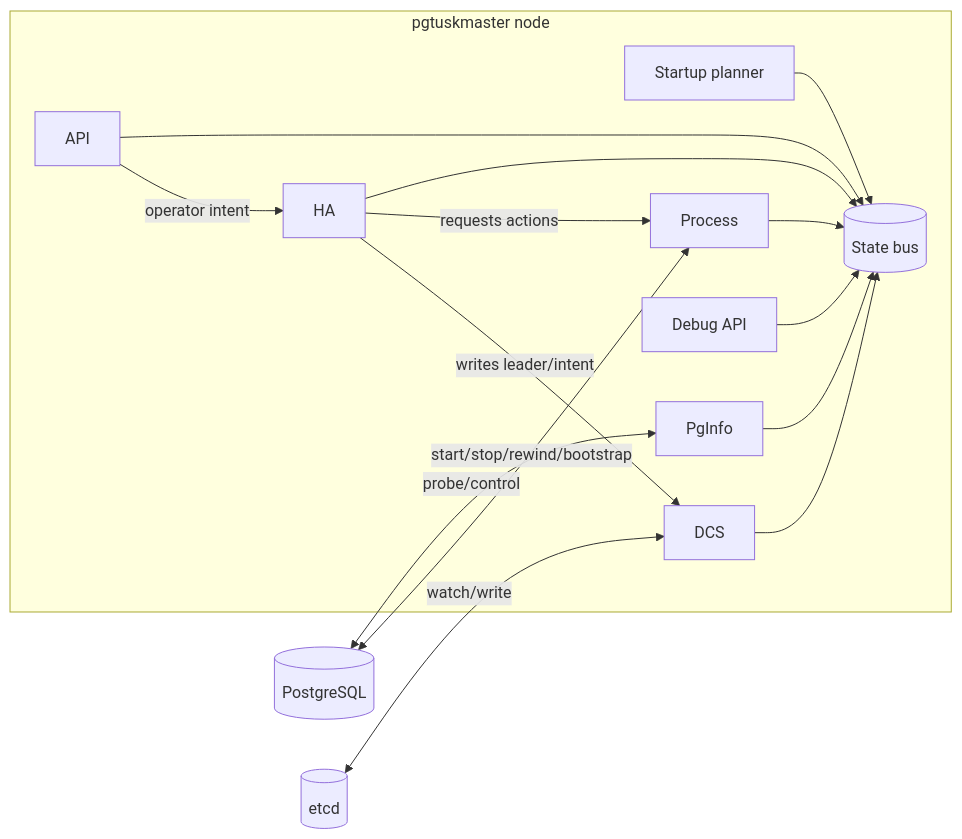
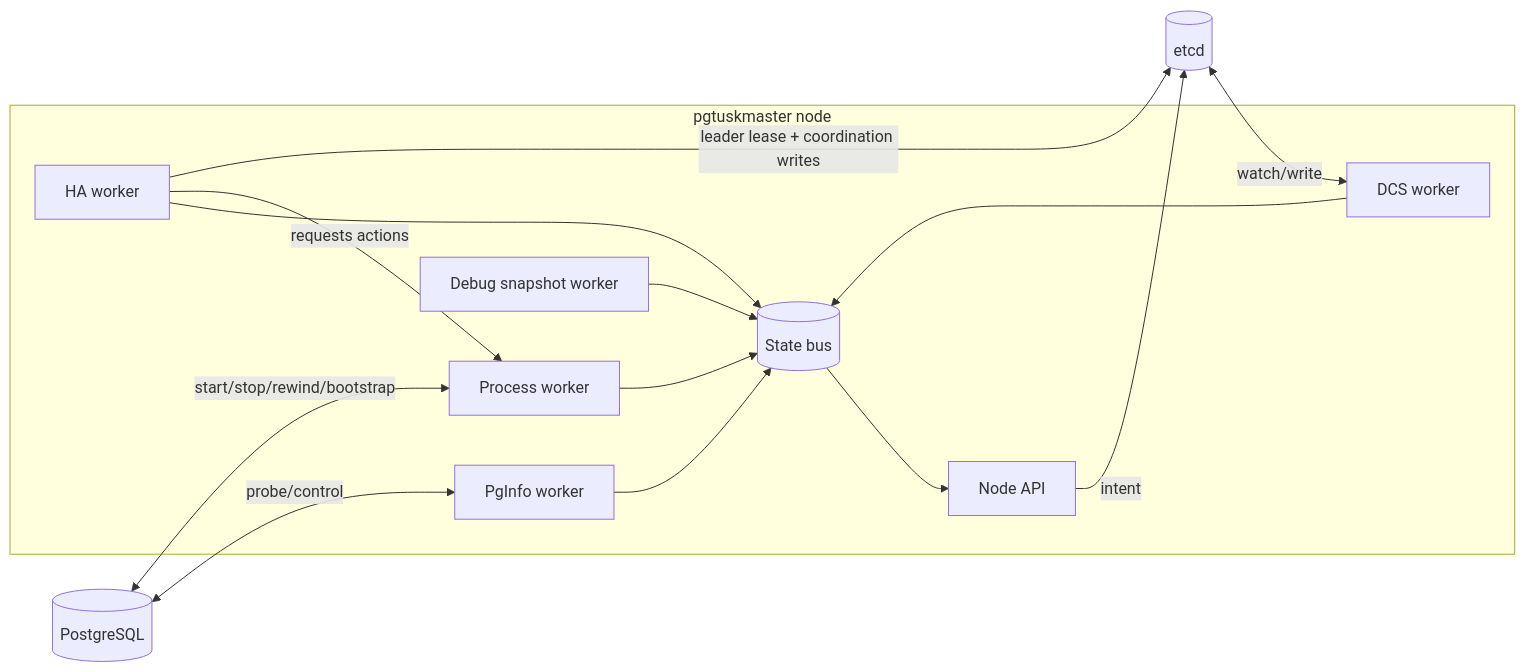
One commit to djosh34/pgtuskmaster_rust changed the diagram in docs/src/architecture/node-runtime.md. Above: the diagram before and after it, drawn with Mermaid. The commit also changed other lines of this file and 36 other files, not shown here.

First line of the commit message:
task finished 33-task-deep-skeptical-verification-of-doc-facts-and-writing-quality: audit docs + fix diagrams/test flake

````diff
--- a/docs/src/architecture/node-runtime.md
+++ b/docs/src/architecture/node-runtime.md
@@ -5,20 +5,20 @@
 ```mermaid
 flowchart LR
   subgraph Node[pgtuskmaster node]
-    Plan[Startup planner] --> Bus[(State bus)]
-    PgInfo[PgInfo] --> Bus
-    Dcs[DCS] --> Bus
-    Ha[HA] --> Bus
-    Proc[Process] --> Bus
-    Api[API] --> Bus
-    Debug[Debug API] --> Bus
+    Bus[(State bus)]
+    PgInfo[PgInfo worker] --> Bus
+    Dcs[DCS worker] --> Bus
+    Ha[HA worker] --> Bus
+    Proc[Process worker] --> Bus
+    Debug[Debug snapshot worker] --> Bus
+    Bus --> Api[Node API]
 
     Ha -->|requests actions| Proc
-    Ha -->|writes leader/intent| Dcs
-    Api -->|operator intent| Ha
   end
 
   PG[(PostgreSQL)] <-->|probe/control| PgInfo
   PG <-->|start/stop/rewind/bootstrap| Proc
   ETCD[(etcd)] <-->|watch/write| Dcs
+  Api -->|intent| ETCD
+  Ha -->|leader lease + coordination writes| ETCD
 ```
````
